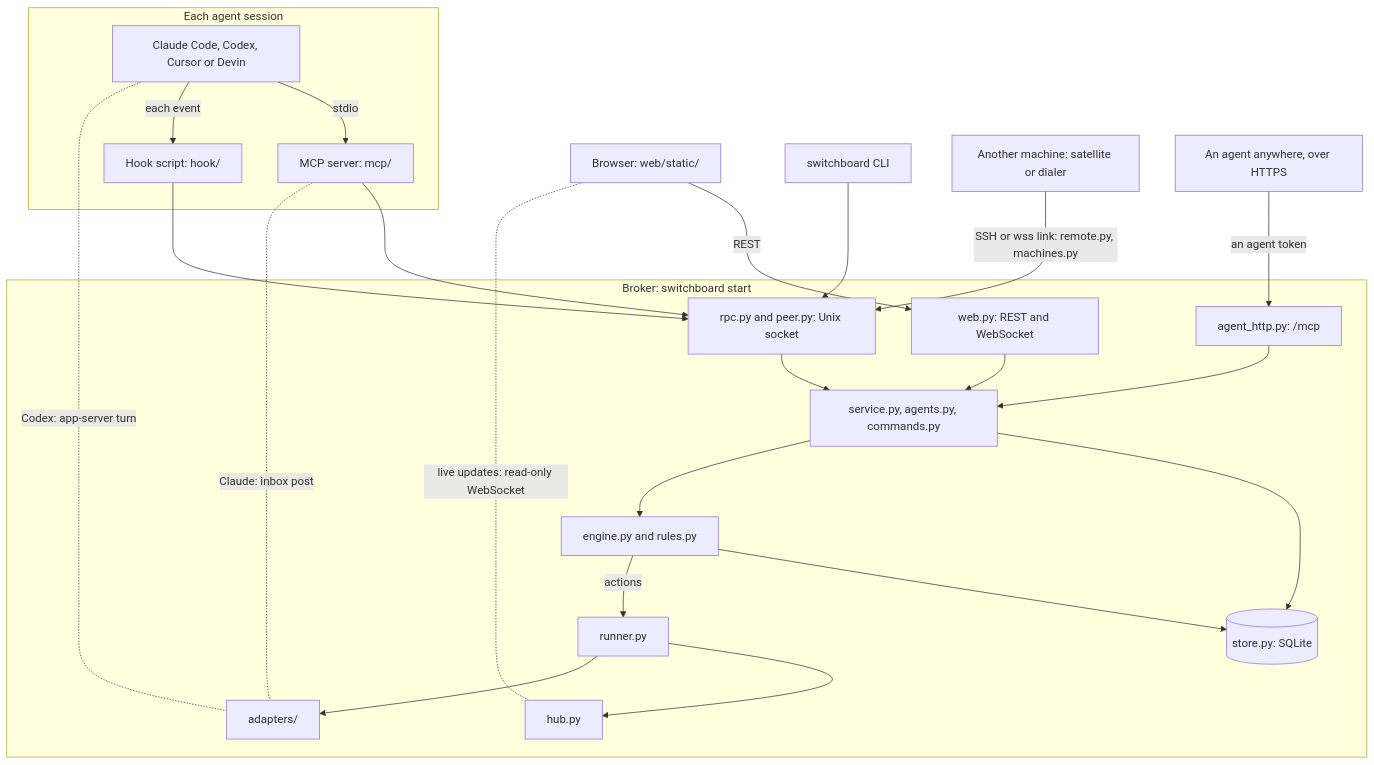
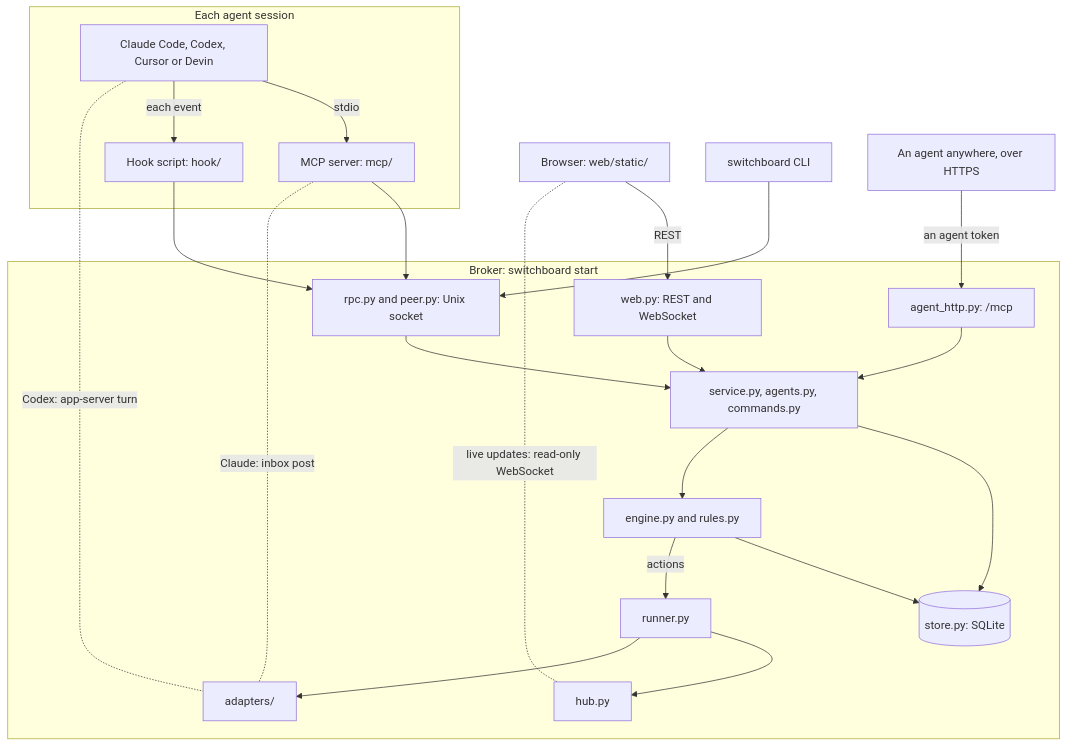
Before and after one commit to amahpour/switchboard: the diagram in docs/ARCHITECTURE.md, drawn with Mermaid. The commit also changed other lines of this file and 204 other files, not shown here.

Commit message:
feat!: retire SSH remotes, the satellite, dial-in machines and pairing (#469)

````diff
--- a/docs/ARCHITECTURE.md
+++ b/docs/ARCHITECTURE.md
@@ -9,44 +9,42 @@
 ```mermaid
 flowchart TB
   subgraph session["Each agent session"]
     harness["Claude Code, Codex, Cursor or Devin"]
     mcp["MCP server: mcp/"]
     hook["Hook script: hook/"]
   end
   browser["Browser: web/static/"]
   cli["switchboard CLI"]
-  far["Another machine: satellite or dialer"]
   elsewhere["An agent anywhere, over HTTPS"]
   subgraph broker["Broker: switchboard start"]
     web["web.py: REST and WebSocket"]
     http["agent_http.py: /mcp"]
     rpc["rpc.py and peer.py: Unix socket"]
     svc["service.py, agents.py, commands.py"]
     engine["engine.py and rules.py"]
     store[("store.py: SQLite")]
     runner["runner.py"]
     hub["hub.py"]
     adapters["adapters/"]
   end
 
   harness -- "stdio" --> mcp
   harness -- "each event" --> hook
   browser -- "REST" --> web
   mcp --> rpc
   hook --> rpc
   cli --> rpc
-  far -- "SSH or wss link: remote.py, machines.py" --> rpc
   elsewhere -- "an agent token" --> http
   web --> svc
   http --> svc
   rpc --> svc
   svc --> store
   svc --> engine
   engine --> store
   engine -- "actions" --> runner
   runner --> hub
   runner --> adapters
   browser -. "live updates: read-only WebSocket" .- hub
   mcp -. "Claude: inbox post" .- adapters
   harness -. "Codex: app-server turn" .- adapters
 ```
````
